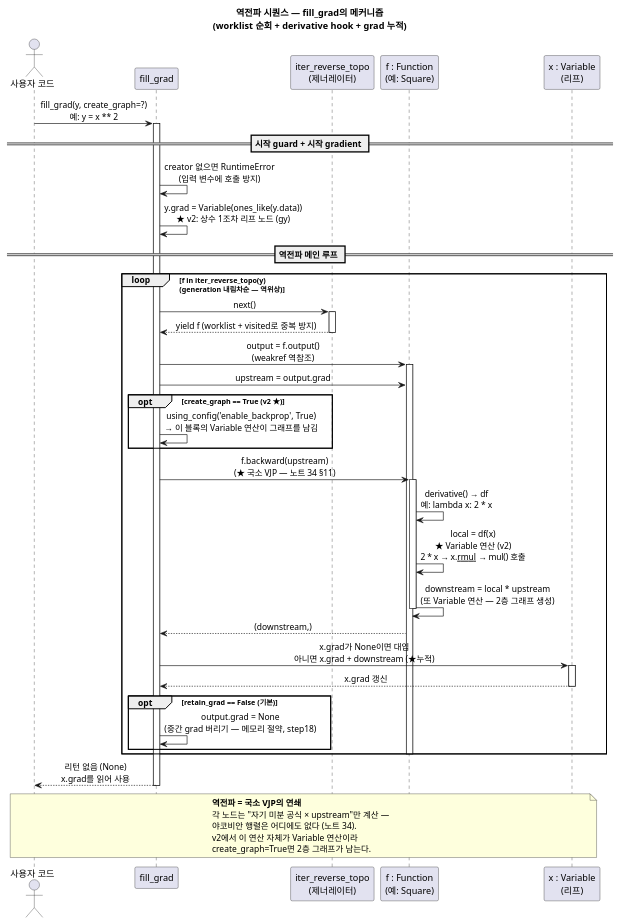
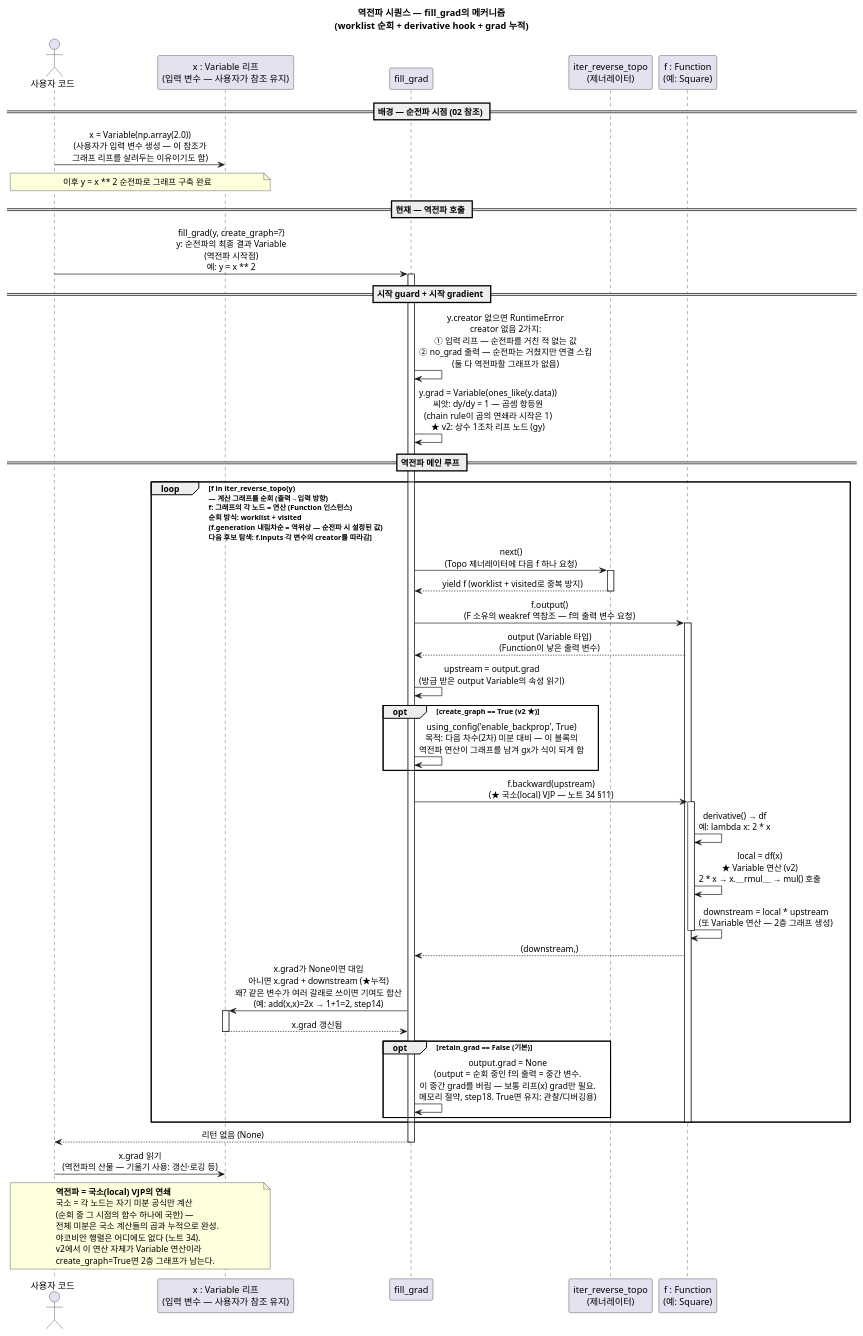
Before and after one commit to ghjang/deep-learning-from-scratch-3: the diagram in notes/diagrams/v2/03_backward_sequence.puml, drawn with PlantUML. The commit also changed 8 other files, not shown here.

First line of the commit message:
docs(diagrams): rezero v2 UML 다이어그램 7종 + 큐 후보 11/12 등록

```diff
--- a/notes/diagrams/v2/03_backward_sequence.puml
+++ b/notes/diagrams/v2/03_backward_sequence.puml
@@ -1,66 +1,77 @@
 @startuml 03_backward_sequence
 title 역전파 시퀀스 — fill_grad의 메커니즘\n(worklist 순회 + derivative hook + grad 누적)
 
 skinparam shadowing false
 skinparam sequenceMessageAlign center
 
 actor "사용자 코드" as User
+participant "x : Variable 리프\n(입력 변수 — 사용자가 참조 유지)" as X
 participant "fill_grad" as FG
 participant "iter_reverse_topo\n(제너레이터)" as Topo
 participant "f : Function\n(예: Square)" as F
-participant "x : Variable\n(리프)" as X
 
-User -> FG : fill_grad(y, create_graph=?)\n예: y = x ** 2
+== 배경 — 순전파 시점 (02 참조) ==
+
+User -> X : x = Variable(np.array(2.0))\n(사용자가 입력 변수 생성 — 이 참조가\n그래프 리프를 살려두는 이유이기도 함)
+note over User, X : 이후 y = x ** 2 순전파로 그래프 구축 완료
+
+== 현재 — 역전파 호출 ==
+
+User -> FG : fill_grad(y, create_graph=?)\ny: 순전파의 최종 결과 Variable\n(역전파 시작점)\n예: y = x ** 2
 activate FG
 
 == 시작 guard + 시작 gradient ==
 
-FG -> FG : creator 없으면 RuntimeError\n(입력 변수에 호출 방지)
-FG -> FG : y.grad = Variable(ones_like(y.data))\n★ v2: 상수 1조차 리프 노드 (gy)
+FG -> FG : y.creator 없으면 RuntimeError\ncreator 없음 2가지:\n① 입력 리프 — 순전파를 거친 적 없는 값\n② no_grad 출력 — 순전파는 거쳤지만 연결 스킵\n(둘 다 역전파할 그래프가 없음)
+FG -> FG : y.grad = Variable(ones_like(y.data))\n씨앗: dy/dy = 1 — 곱셈 항등원\n(chain rule이 곱의 연쇄라 시작은 1)\n★ v2: 상수 1조차 리프 노드 (gy)
 
 == 역전파 메인 루프 ==
 
-loop f in iter_reverse_topo(y)\n(generation 내림차순 — 역위상)
-  FG -> Topo : next()
+loop f in iter_reverse_topo(y)\n— 계산 그래프를 순회 (출력→입력 방향)\nf: 그래프의 각 노드 = 연산 (Function 인스턴스)\n순회 방식: worklist + visited\n(f.generation 내림차순 = 역위상 — 순전파 시 설정된 값)\n다음 후보 탐색: f.inputs 각 변수의 creator를 따라감
+  FG -> Topo : next()\n(Topo 제너레이터에 다음 f 하나 요청)
   activate Topo
   Topo --> FG : yield f (worklist + visited로 중복 방지)
   deactivate Topo
 
-  FG -> F : output = f.output()\n(weakref 역참조)
+  FG -> F : f.output()\n(F 소유의 weakref 역참조 — f의 출력 변수 요청)
   activate F
-  FG -> F : upstream = output.grad
+  F --> FG : output (Variable 타입)\n(Function이 낳은 출력 변수)
+  FG -> FG : upstream = output.grad\n(방금 받은 output Variable의 속성 읽기)
 
   opt create_graph == True (v2 ★)
-    FG -> FG : using_config('enable_backprop', True)\n→ 이 블록의 Variable 연산이 그래프를 남김
+    FG -> FG : using_config('enable_backprop', True)\n목적: 다음 차수(2차) 미분 대비 — 이 블록의\n역전파 연산이 그래프를 남겨 gx가 식이 되게 함
   end
 
-  FG -> F : f.backward(upstream)\n(★ 국소 VJP — 노트 34 §11)
+  FG -> F : f.backward(upstream)\n(★ 국소(local) VJP — 노트 34 §11)
   activate F
   F -> F : derivative() → df\n예: lambda x: 2 * x
-  F -> F : local = df(x)\n★ Variable 연산 (v2)\n2 * x → x.__rmul__ → mul() 호출
+  F -> F : local = df(x)\n★ Variable 연산 (v2)\n2 * x → x.＿rmul＿ → mul() 호출
   F -> F : downstream = local * upstream\n(또 Variable 연산 — 2층 그래프 생성)
   deactivate F
   F --> FG : (downstream,)
 
-  FG -> X : x.grad가 None이면 대입\n아니면 x.grad + downstream (★누적)
+  FG -> X : x.grad가 None이면 대입\n아니면 x.grad + downstream (★누적)\n왜? 같은 변수가 여러 갈래로 쓰이면 기여도 합산\n(예: add(x,x)=2x → 1+1=2, step14)
   activate X
-  X --> FG : x.grad 갱신
+  X --> FG : x.grad 갱신됨
   deactivate X
 
   opt retain_grad == False (기본)
-    FG -> FG : output.grad = None\n(중간 grad 버리기 — 메모리 절약, step18)
+    FG -> FG : output.grad = None\n(output = 순회 중인 f의 출력 = 중간 변수.\n이 중간 grad를 버림 — 보통 리프(x) grad만 필요.\n메모리 절약, step18. True면 유지: 관찰/디버깅용)
   end
   deactivate F
 end
 
-FG --> User : 리턴 없음 (None)\nx.grad를 읽어 사용
+FG --> User : 리턴 없음 (None)
 deactivate FG
+User -> X : x.grad 읽기\n(역전파의 산물 — 기울기 사용: 갱신·로깅 등)
 
 note over User, X
-  <b>역전파 = 국소 VJP의 연쇄</b>
-  각 노드는 "자기 미분 공식 × upstream"만 계산 —
+  <b>역전파 = 국소(local) VJP의 연쇄</b>
+  국소 = 각 노드는 자기 미분 공식만 계산
+  (순회 중 그 시점의 함수 하나에 국한) —
+  전체 미분은 국소 계산들의 곱과 누적으로 완성.
   야코비안 행렬은 어디에도 없다 (노트 34).
   v2에서 이 연산 자체가 Variable 연산이라
   create_graph=True면 2층 그래프가 남는다.
 end note
 @enduml
```
